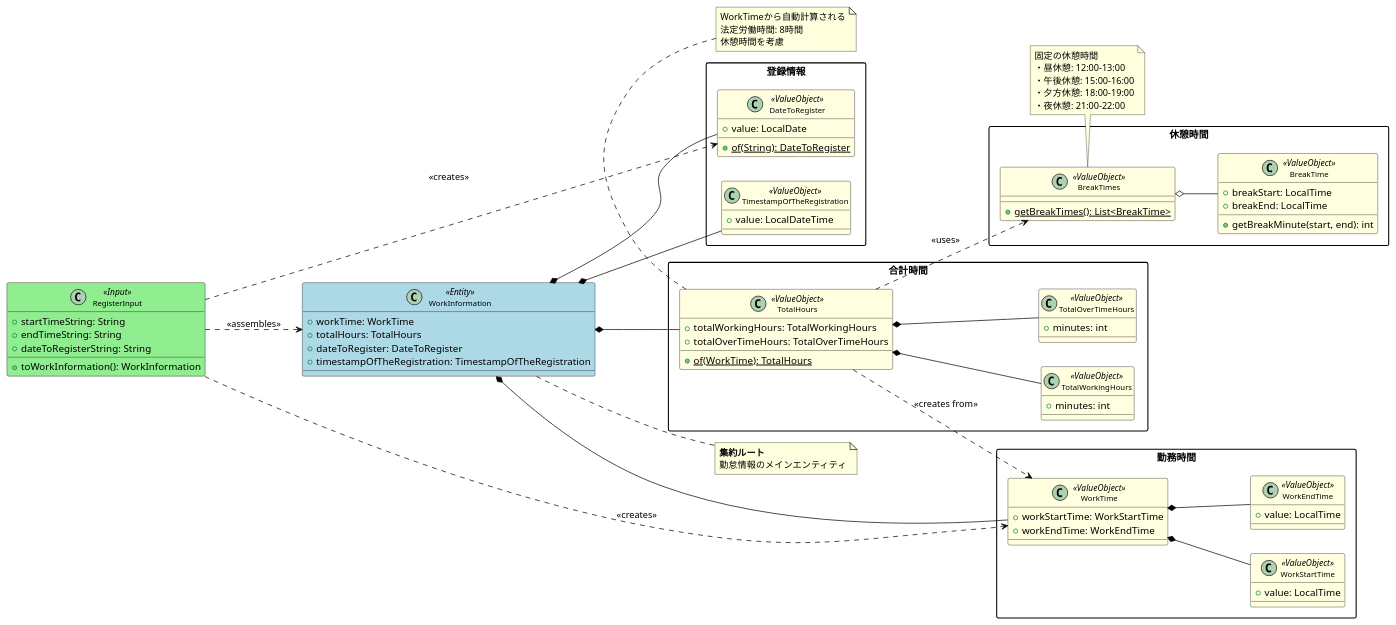
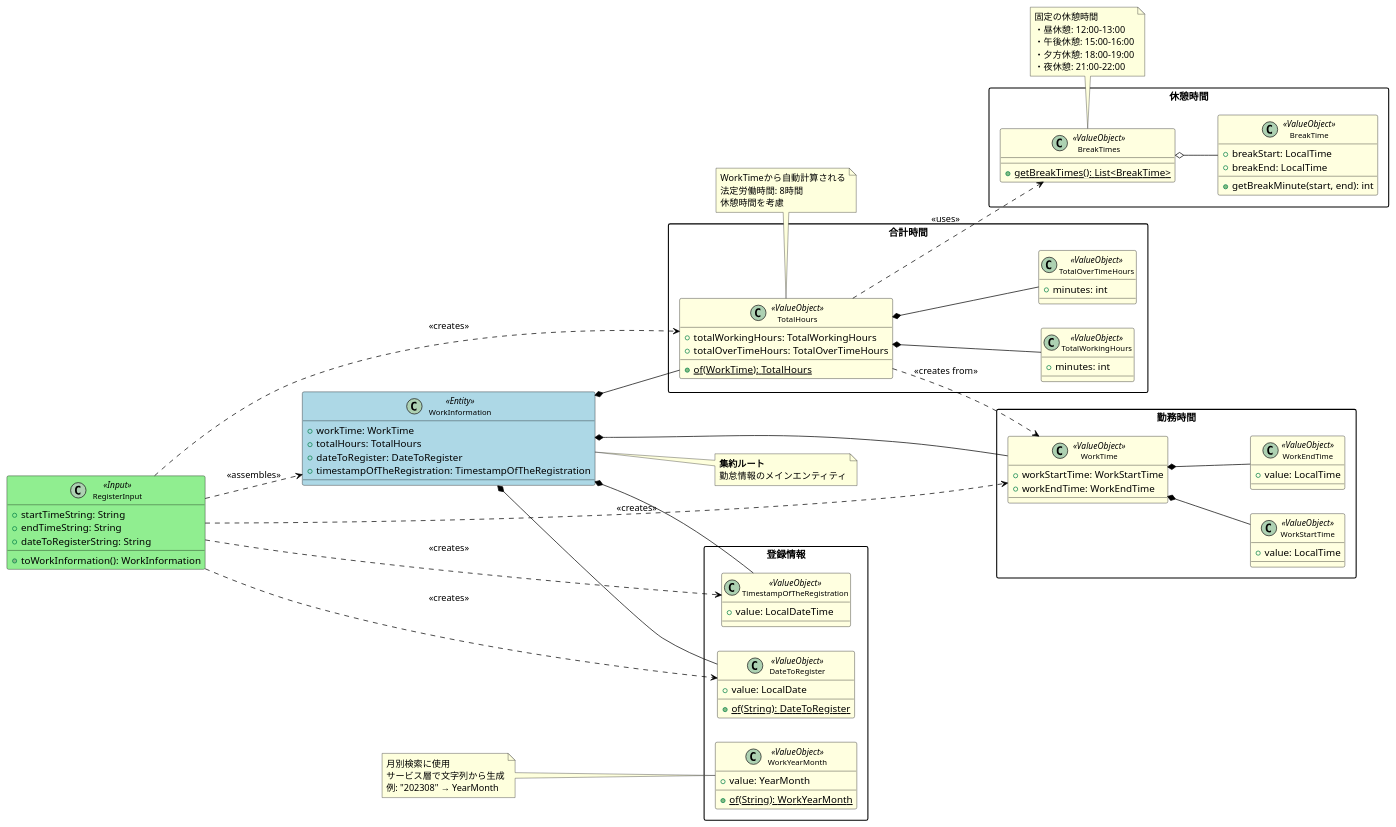
Before and after one commit to biglobe-isp/kintai: the diagram in app/etc/document/domain-model.puml, drawn with PlantUML. The commit also changed 13 other files, not shown here.

Commit message:
feat: WorkYearMonthの追加

```diff
--- a/app/etc/document/domain-model.puml
+++ b/app/etc/document/domain-model.puml
@@ -1,124 +1,137 @@
 @startuml
 'スタイル設定
 skinparam class {
     BackgroundColor<<ValueObject>> LightYellow
     BackgroundColor<<Entity>> LightBlue
     BackgroundColor<<Input>> LightGreen
     BorderColor Black
     ArrowColor Black
 }
 
 skinparam classFontSize 11
 skinparam packageStyle rectangle
 
 left to right direction
 
 ' 集約ルート
 class WorkInformation <<Entity>> {
     + workTime: WorkTime
     + totalHours: TotalHours
     + dateToRegister: DateToRegister
     + timestampOfTheRegistration: TimestampOfTheRegistration
 }
 
 package "勤務時間" {
     class WorkTime <<ValueObject>> {
         + workStartTime: WorkStartTime
         + workEndTime: WorkEndTime
     }
 
     class WorkStartTime <<ValueObject>> {
         + value: LocalTime
     }
 
     class WorkEndTime <<ValueObject>> {
         + value: LocalTime
     }
 }
 
 package "合計時間" {
     class TotalHours <<ValueObject>> {
         + totalWorkingHours: TotalWorkingHours
         + totalOverTimeHours: TotalOverTimeHours
         + {static} of(WorkTime): TotalHours
     }
 
     class TotalWorkingHours <<ValueObject>> {
         + minutes: int
     }
 
     class TotalOverTimeHours <<ValueObject>> {
         + minutes: int
     }
 }
 
 package "休憩時間" {
     class BreakTimes <<ValueObject>> {
         + {static} getBreakTimes(): List<BreakTime>
     }
 
     class BreakTime <<ValueObject>> {
         + breakStart: LocalTime
         + breakEnd: LocalTime
         + getBreakMinute(start, end): int
     }
 }
 
 package "登録情報" {
     class DateToRegister <<ValueObject>> {
         + value: LocalDate
         + {static} of(String): DateToRegister
     }
 
     class TimestampOfTheRegistration <<ValueObject>> {
         + value: LocalDateTime
     }
+
+    class WorkYearMonth <<ValueObject>> {
+        + value: YearMonth
+        + {static} of(String): WorkYearMonth
+    }
 }
 
 class RegisterInput <<Input>> {
     + startTimeString: String
     + endTimeString: String
     + dateToRegisterString: String
     + toWorkInformation(): WorkInformation
 }
 
 ' 関連
 WorkInformation *-- WorkTime
 WorkInformation *-- TotalHours
 WorkInformation *-- DateToRegister
 WorkInformation *-- TimestampOfTheRegistration
 
 WorkTime *-- WorkStartTime
 WorkTime *-- WorkEndTime
 
 TotalHours *-- TotalWorkingHours
 TotalHours *-- TotalOverTimeHours
 TotalHours ..> WorkTime : <<creates from>>
 
 BreakTimes o-- BreakTime
 TotalHours ..> BreakTimes : <<uses>>
 
 RegisterInput ..> WorkTime : <<creates>>
+RegisterInput ..> TotalHours : <<creates>>
 RegisterInput ..> DateToRegister : <<creates>>
+RegisterInput ..> TimestampOfTheRegistration : <<creates>>
 RegisterInput ..> WorkInformation : <<assembles>>
 
 note right of WorkInformation
   **集約ルート**
   勤怠情報のメインエンティティ
 end note
 
 note bottom of TotalHours
   WorkTimeから自動計算される
   法定労働時間: 8時間
   休憩時間を考慮
 end note
 
 note top of BreakTimes
   固定の休憩時間
   ・昼休憩: 12:00-13:00
   ・午後休憩: 15:00-16:00
   ・夕方休憩: 18:00-19:00
   ・夜休憩: 21:00-22:00
 end note
 
+note left of WorkYearMonth
+  月別検索に使用
+  サービス層で文字列から生成
+  例: "202308" → YearMonth
+end note
+
 @enduml
```
